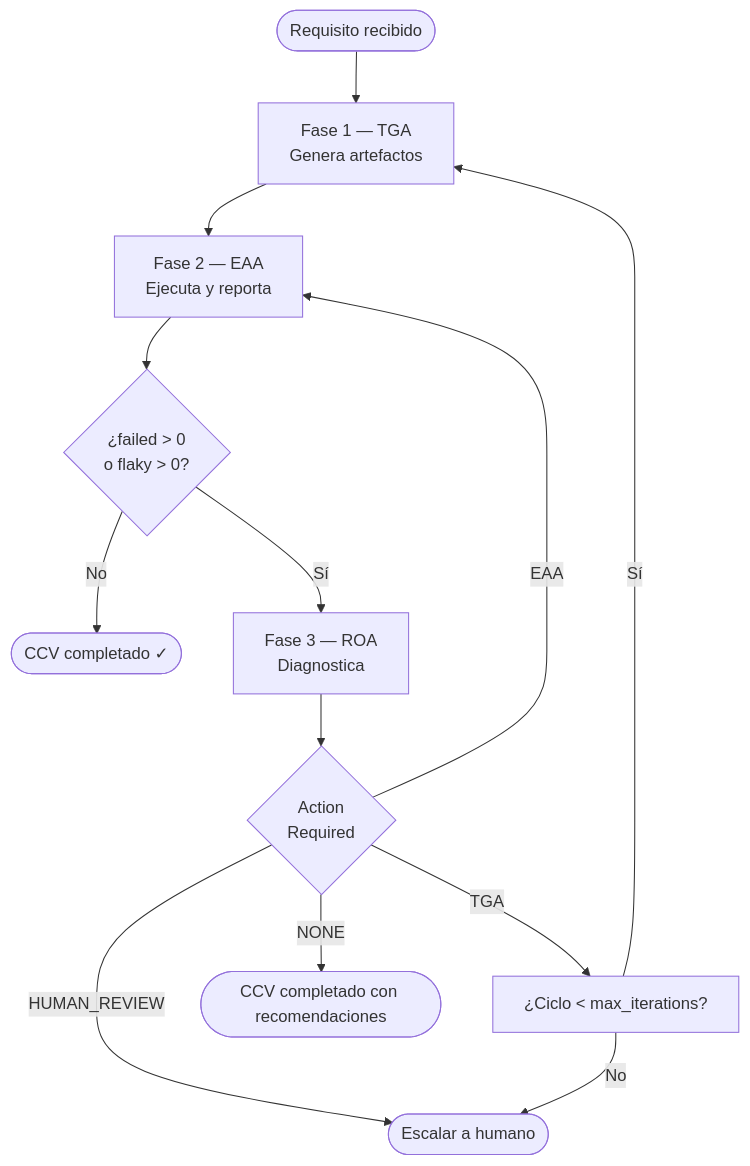
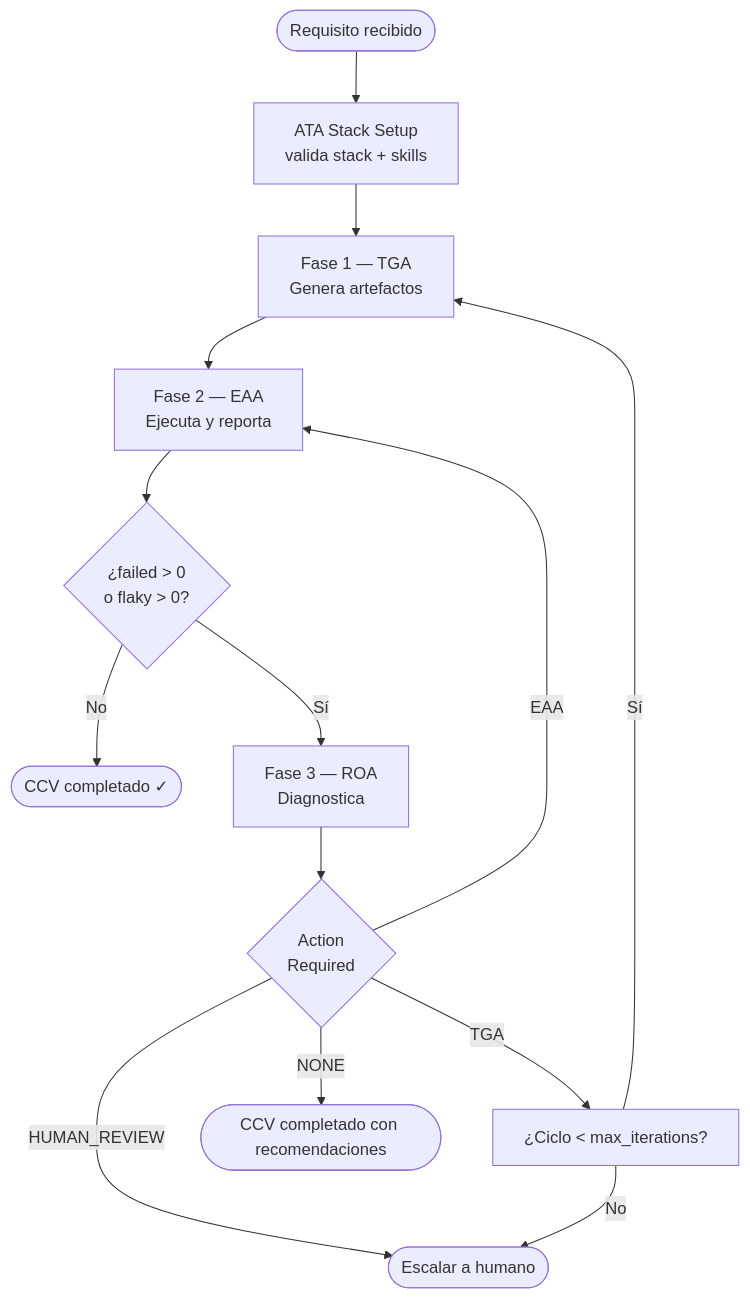
Before and after one commit to chinoavila/agentic-testing-architecture: the third of 3 diagrams in .ata/docs/architecture.md, drawn with Mermaid. The commit also changed other lines of this file and 7 other files, not shown here.

````diff
--- a/.ata/docs/architecture.md
+++ b/.ata/docs/architecture.md
@@ -53,15 +78,22 @@
 ```mermaid
 flowchart TD
-    START(["Requisito recibido"]) --> TGA
-    TGA["Fase 1 — TGA\nGenera artefactos"] --> EAA
-    EAA["Fase 2 — EAA\nEjecuta y reporta"] --> BIF{"¿failed > 0\no flaky > 0?"}
+    START(["Requisito recibido"]) --> SSU
+    SSU["ATA Stack Setup
+    valida stack + skills"] --> TGA
+    TGA["Fase 1 — TGA
+    Genera artefactos"] --> EAA
+    EAA["Fase 2 — EAA
+    Ejecuta y reporta"] --> BIF{"¿failed > 0
+    o flaky > 0?"}
     BIF -->|No| OK(["CCV completado ✓"])
     BIF -->|Sí| ROA
-    ROA["Fase 3 — ROA\nDiagnostica"] --> DEC{"Action\nRequired"}
+    ROA["Fase 3 — ROA
+    Diagnostica"] --> DEC{"Action
+    Required"}
     DEC -->|TGA| LOOP["¿Ciclo < max_iterations?"]
     DEC -->|EAA| EAA
     DEC -->|HUMAN_REVIEW| ESC(["Escalar a humano"])
     DEC -->|NONE| OK2(["CCV completado con recomendaciones"])
     LOOP -->|Sí| TGA
     LOOP -->|No| ESC
 ```
````
